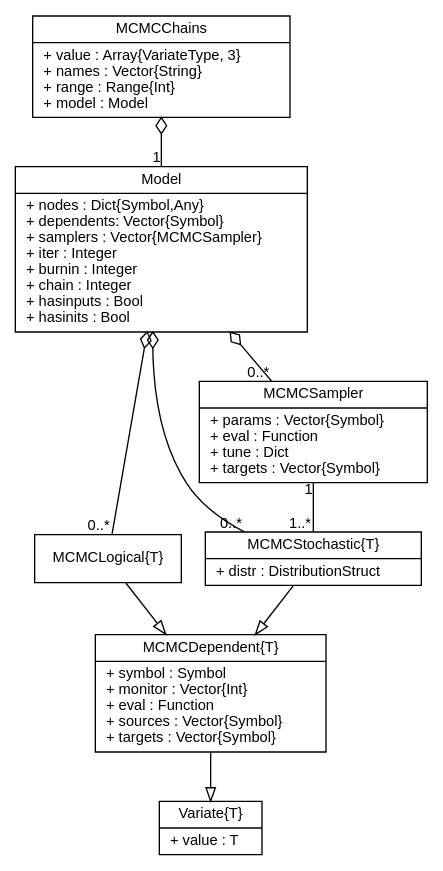
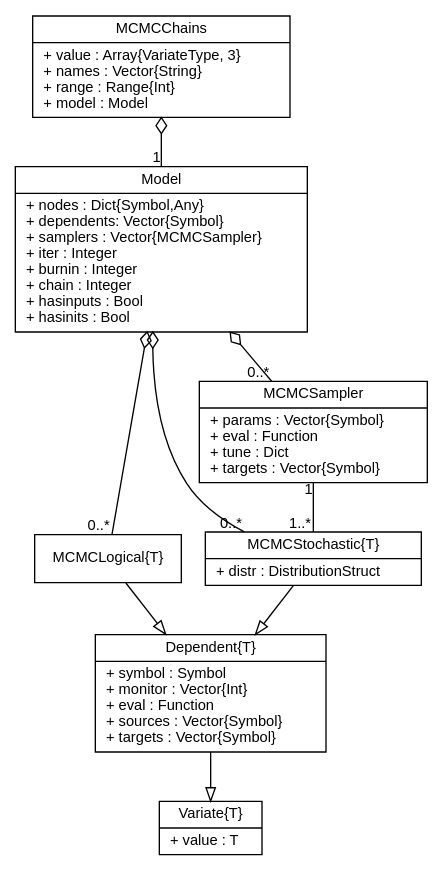
The diagram in doc/images/mcmcUML.dot (brian-j-smith/Mamba.jl), drawn with Graphviz before and after one commit. The commit also changed 11 other files, not shown here.

Commit message:
Rename MCMCDependent type to Dependent.

```diff
--- a/doc/images/mcmcUML.dot
+++ b/doc/images/mcmcUML.dot
@@ -1,34 +1,34 @@
 graph MCMC {
 	fontname = "Helvetica"
 	fontsize = 11
 	overlap = scalexy
 	sep = "+0,26"
 
 	node [fontname = "Helvetica", fontsize = 11, shape = record]
 
 	edge [fontname = "Helvetica", fontsize = 11, dir = both, arrowtail = none, arrowhead = none]
 
 	Variate [label = "{Variate\{T\}|+ value : T\l}"]
 
-	MCMCDependent [label = "{MCMCDependent\{T\}|+ symbol : Symbol\l+ monitor : Vector\{Int\}\l+ eval : Function\l+ sources : Vector\{Symbol\}\l+ targets : Vector\{Symbol\}\l}"]
+	Dependent [label = "{Dependent\{T\}|+ symbol : Symbol\l+ monitor : Vector\{Int\}\l+ eval : Function\l+ sources : Vector\{Symbol\}\l+ targets : Vector\{Symbol\}\l}"]
 	
 	MCMCLogical [label = "{MCMCLogical\{T\}}"]
 	
 	MCMCStochastic [label = "{MCMCStochastic\{T\}|+ distr : DistributionStruct\l}"]
 
 	MCMCSampler [label = "{MCMCSampler|+ params : Vector\{Symbol\}\l+ eval : Function\l+ tune : Dict\l+ targets : Vector\{Symbol\}\l}"]
 	
 	Model [label = "{Model|+ nodes : Dict\{Symbol,Any\}\l+ dependents: Vector\{Symbol\}\l+ samplers : Vector\{MCMCSampler\}\l+ iter : Integer\l+ burnin : Integer\l+ chain : Integer\l+ hasinputs : Bool\l+ hasinits : Bool\l}"]
 	
 	MCMCChains [label = "{MCMCChains|+ value : Array\{VariateType, 3\}\l+ names : Vector\{String\}\l+ range : Range\{Int\}\l+ model : Model\l}"]
 
-	MCMCDependent -- Variate[len = 0.9, arrowhead = empty]
-	MCMCLogical -- MCMCDependent[arrowhead = empty]
-	MCMCStochastic -- MCMCDependent[arrowhead = empty]
+	Dependent -- Variate[len = 0.9, arrowhead = empty]
+	MCMCLogical -- Dependent[arrowhead = empty]
+	MCMCStochastic -- Dependent[arrowhead = empty]
 	MCMCSampler -- MCMCStochastic[len = 1.2, taillabel = "1", headlabel = "1..*"]
 	Model -- MCMCSampler[arrowtail = odiamond, headlabel = "0..*"]
 	Model -- MCMCLogical[arrowtail = odiamond, headlabel = "0..*"]
 	Model -- MCMCStochastic[arrowtail = odiamond, headlabel = "0..*"]
 	MCMCChains -- Model[len = 1.2, arrowtail = odiamond, headlabel = "1"]
 
 }
```
